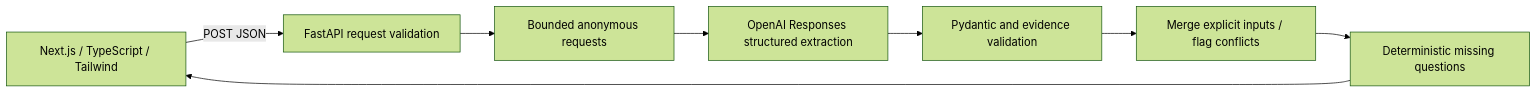
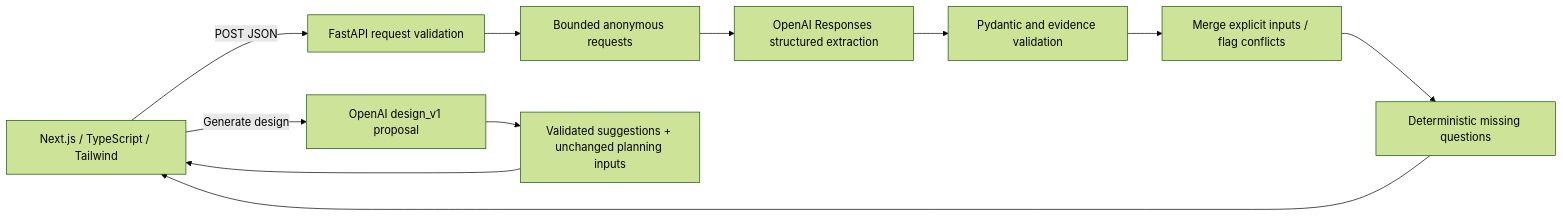
Before and after one commit to calvinnguyen8k/experimentiq: the diagram in docs/architecture.md, drawn with Mermaid (forest theme). The commit also changed other lines of this file and 24 other files, not shown here.

Commit message:
feat: connect intake to a structured experiment design proposal

````diff
--- a/docs/architecture.md
+++ b/docs/architecture.md
@@ -5,10 +5,13 @@
 ```mermaid
 flowchart LR
     UI[Next.js / TypeScript / Tailwind] -->|POST JSON| API[FastAPI request validation]
     API --> LIMIT[Bounded anonymous requests]
     LIMIT --> AI[OpenAI Responses structured extraction]
     AI --> VALID[Pydantic and evidence validation]
     VALID --> MERGE[Merge explicit inputs / flag conflicts]
     MERGE --> QUESTIONS[Deterministic missing questions]
     QUESTIONS --> UI
+    UI -->|Generate design| DESIGN[OpenAI design_v1 proposal]
+    DESIGN --> DRAFT[Validated suggestions + unchanged planning inputs]
+    DRAFT --> UI
 ```
````
